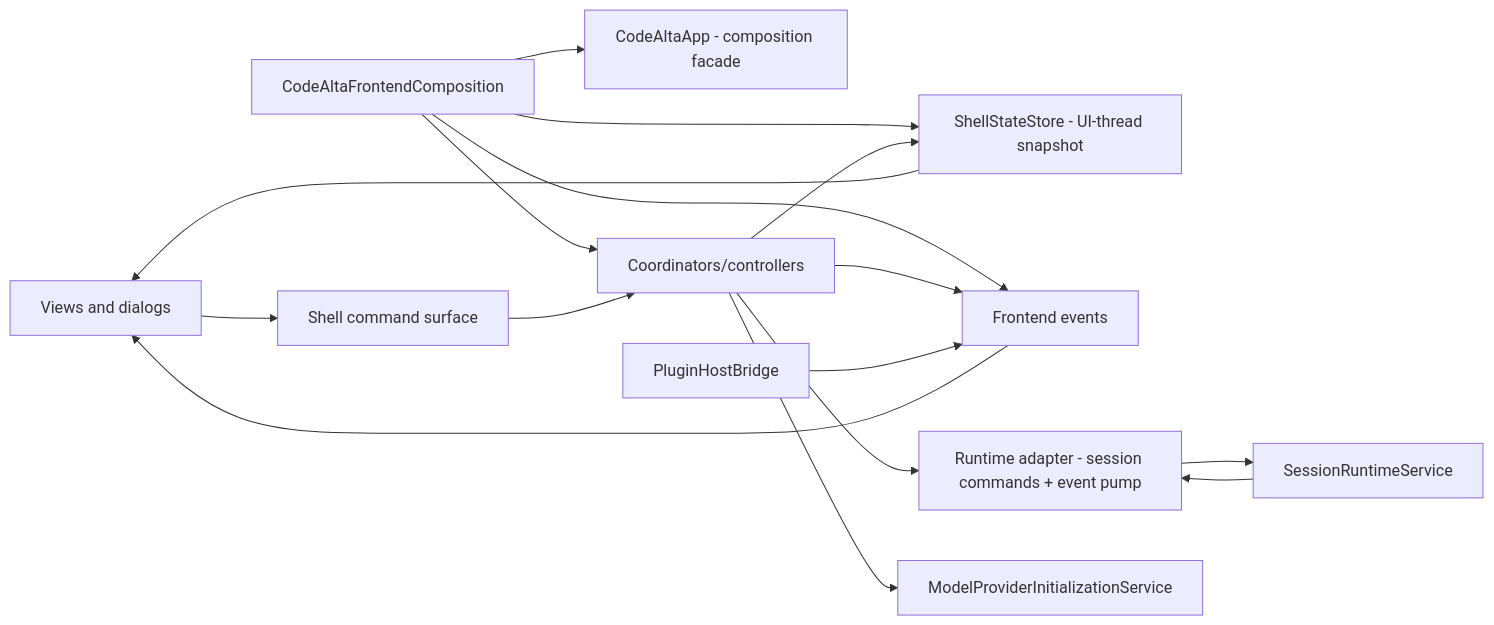
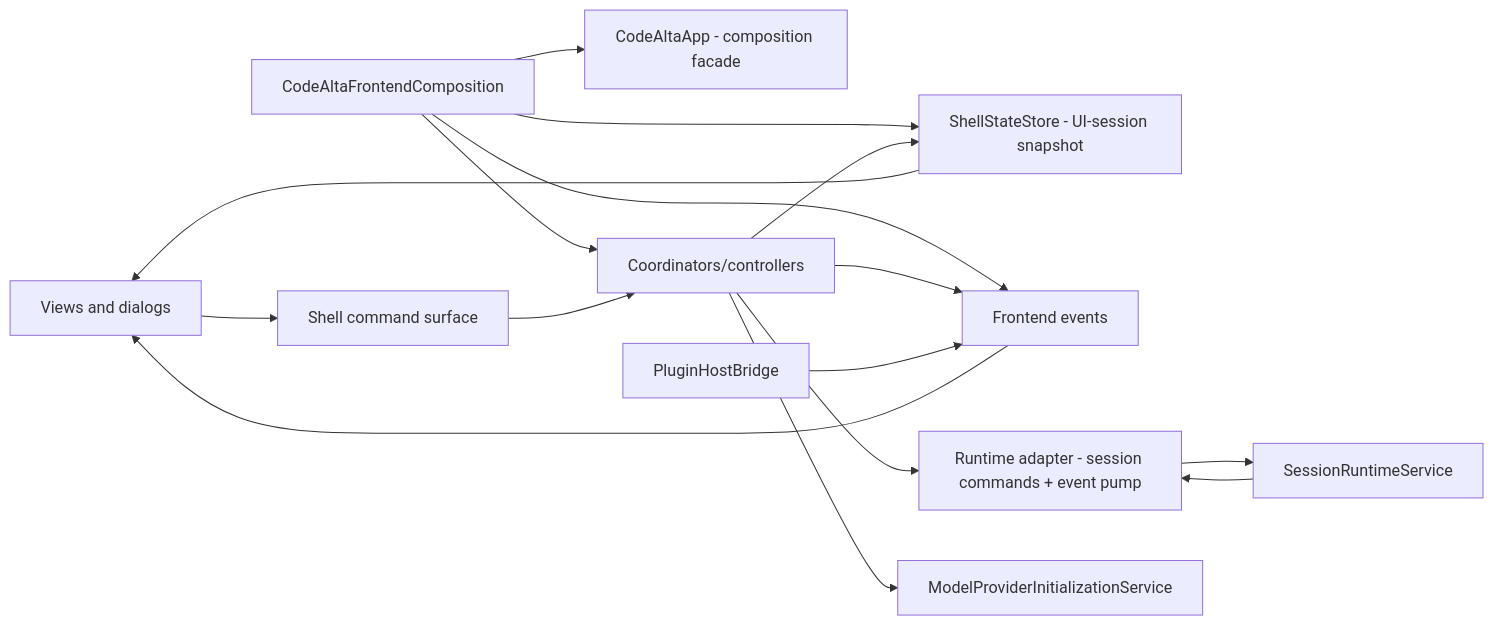
One commit to DavidAlphaFox/CodeAlta changed the third of 4 diagrams in doc/architecture.md. Above: the diagram before and after it, drawn with Mermaid. The commit also changed other lines of this file and 422 other files, not shown here.

````diff
--- a/doc/architecture.md
+++ b/doc/architecture.md
@@ -84,30 +84,30 @@
 ```mermaid
 flowchart LR
     Views[Views and dialogs]
     Commands[Shell command surface]
     App[CodeAltaApp - composition facade]
     Composition[CodeAltaFrontendComposition]
-    State[ShellStateStore - UI-thread snapshot]
+    State[ShellStateStore - UI-session snapshot]
     Events[Frontend events]
     Controllers[Coordinators/controllers]
     RuntimeAdapter[Runtime adapter - session commands + event pump]
     Runtime[SessionRuntimeService]
     Providers[ModelProviderInitializationService]
     Plugins[PluginHostBridge]
 
     Composition --> App
     Composition --> State
     Composition --> Events
     Composition --> Controllers
     Views --> Commands
     Commands --> Controllers
     Controllers --> State
     Controllers --> Events
     RuntimeAdapter --> Runtime
     Controllers --> RuntimeAdapter
     Controllers --> Providers
     Runtime --> RuntimeAdapter
     Plugins --> Events
     State --> Views
     Events --> Views
 ```
````
